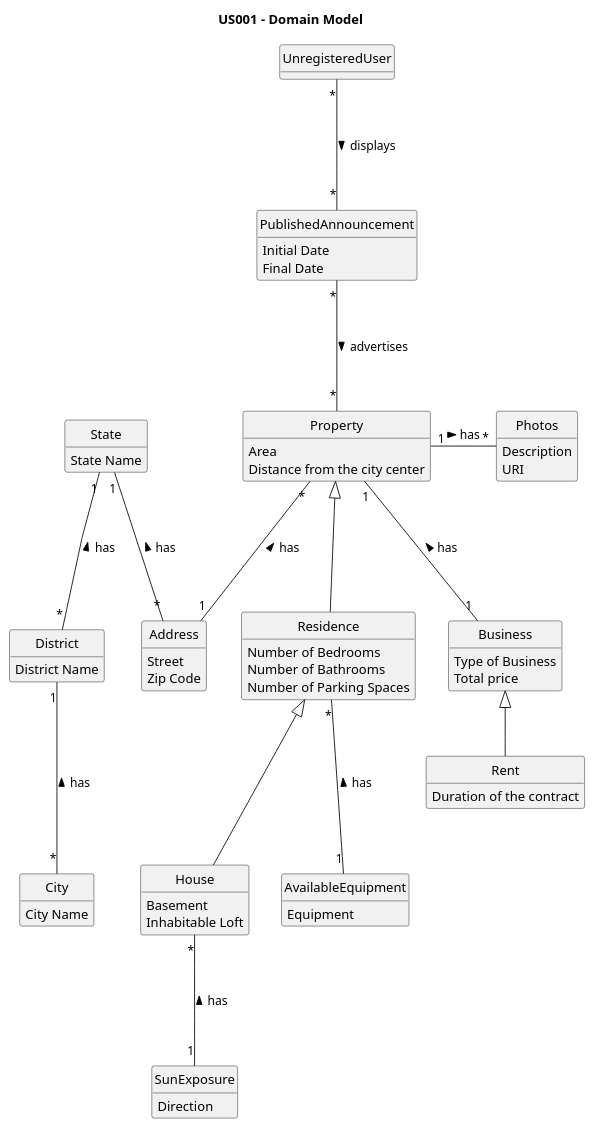
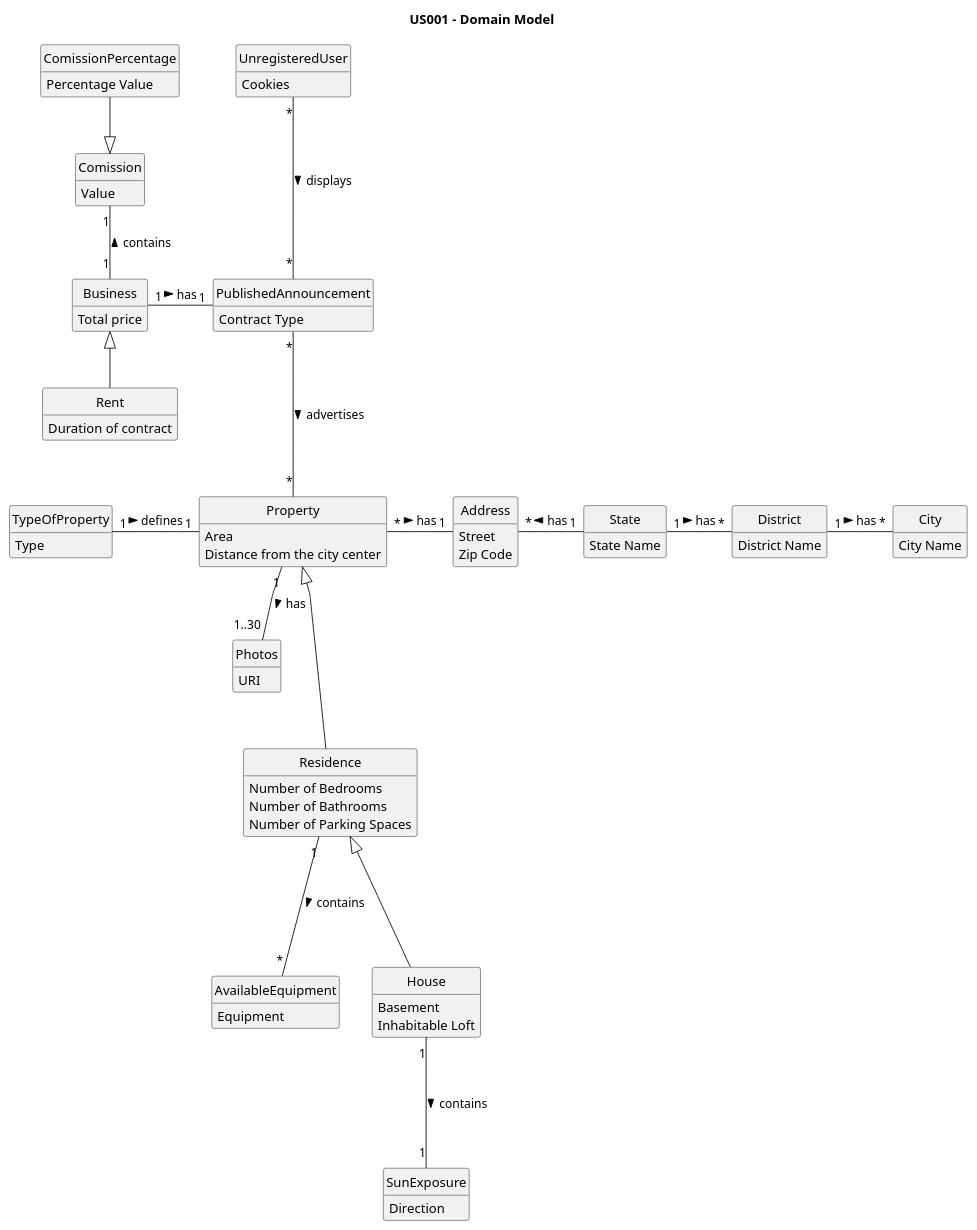
Before and after one commit to PureNimble/ISEP-LAPR2: the diagram in docs/sprintB/US01/02.analysis/puml/us01-domain-model.puml, drawn with PlantUML. The commit also changed 1 other file, not shown here.

```diff
--- a/docs/sprintB/US01/02.analysis/puml/us01-domain-model.puml
+++ b/docs/sprintB/US01/02.analysis/puml/us01-domain-model.puml
@@ -1,119 +1,123 @@
 @startuml
 
 title US001 - Domain Model
 
 skinparam groupInheritance 2
 skinparam monochrome true
 skinparam linetype polyline
 hide methods
 hide circle
 
 
 class Address {
 Street
 Zip Code
 }
 
 class AvailableEquipment {
 Equipment
 }
 
 
 class Business {
-Type of Business
 Total price
 }
 
 
 class City {
 City Name
 }
 
-/'class Comission {
-Static Value
+class Comission {
+Value
 }
 '/
 
-/'class ComissionPercentage {
+class ComissionPercentage {
 Percentage Value
 }
 '/
 
 
 class District {
 District Name
 }
 
 
 class House {
 Basement
 Inhabitable Loft
 }
 
 
 class Photos {
-Description
 URI
 }
 
 class Property {
 Area
 Distance from the city center
 }
 
 class PublishedAnnouncement {
-Initial Date
-Final Date
+Contract Type
 
 }
 
 
 class Rent {
-Duration of the contract
+Duration of contract
 }
 
 
 class Residence {
 Number of Bedrooms
 Number of Bathrooms
 Number of Parking Spaces
 }
 
 
 class State {
 State Name
 }
 
 class SunExposure {
 Direction
 }
 
+class TypeOfProperty {
+Type
+}
 
 class UnregisteredUser {
+Cookies
 }
 
 
 
 Business <|-- Rent
 
-'Comission "1" -right- "1" Business : contains <
+Comission "1" -- "1" Business : contains <
+ComissionPercentage  --|> Comission
 
-District "1" --- "*" City : has <
+District "1" -right- "*" City : has >
 
-House "*" --- "1" SunExposure : has <
+House "1" --- "1" SunExposure : contains >
 
 Property <|--- Residence
-Property "*" --- "1" Address : has <
-Property "1" --- "1" Business : has <
-Property "1" -right- "*" Photos : has >
+Property "*" -right- "1" Address : has >
+PublishedAnnouncement "1" -left- "1" Business : has <
+Property "1" -- "1..30" Photos : has >
 PublishedAnnouncement "*" --- "*" Property: advertises >
 
-Residence "*" --- "1" AvailableEquipment : has <
+Residence "1" --- "*" AvailableEquipment : contains >
 Residence <|--- House
 
-State "1" --- "*" District : has <
-State "1" --- "*" Address : has <
+State "1" -right- "*" District : has >
+State "1" -left- "*" Address : has >
+
+TypeOfProperty "1" -right- "1" Property : defines >
 
 UnregisteredUser "*" --- "*" PublishedAnnouncement: displays >
 
 @enduml
```
